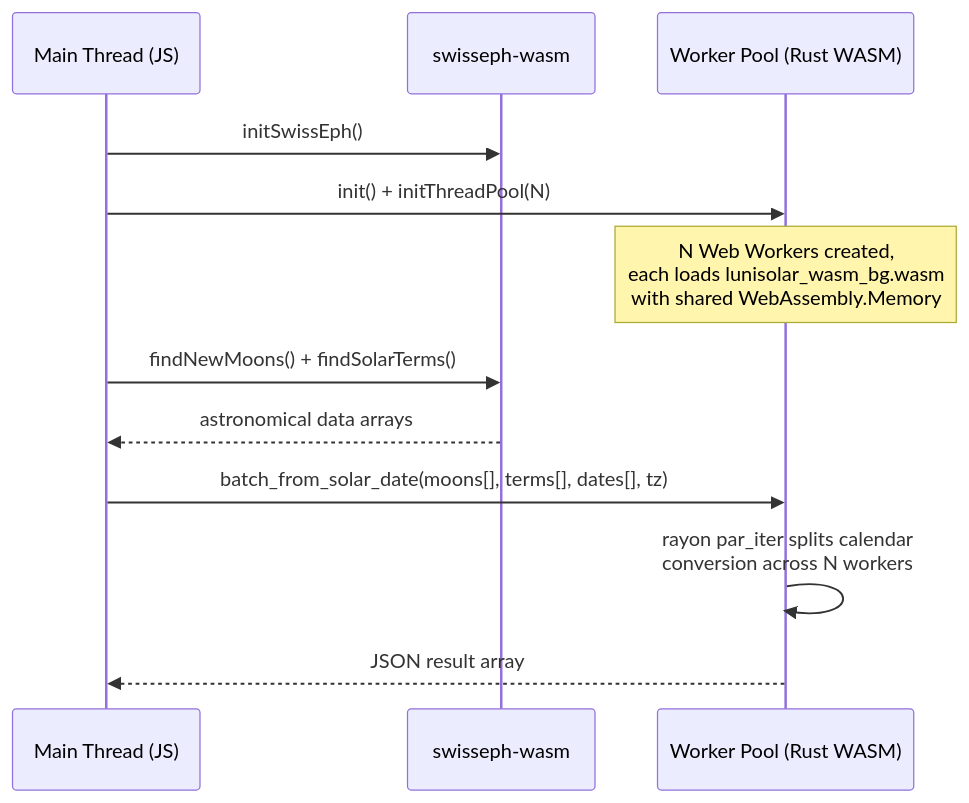
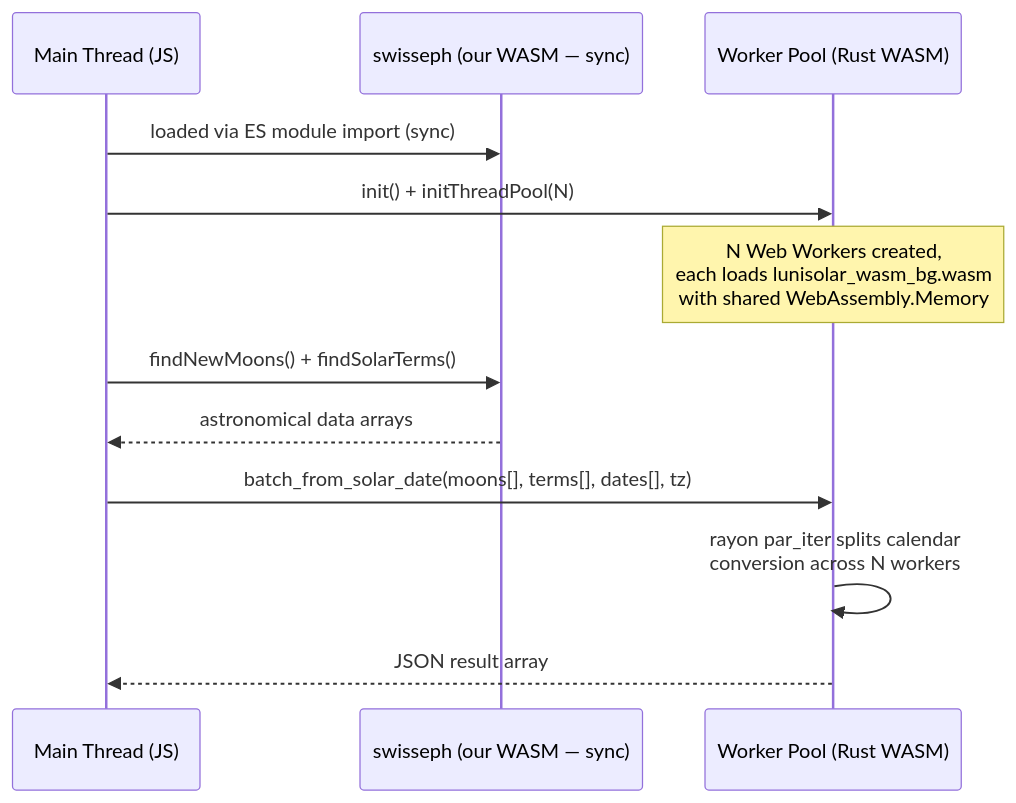
Before and after one commit to huydhoang/lunisolar-calendar: the fourth of 4 diagrams in @specs/wasm.md, drawn with Mermaid. The commit also changed other lines of this file and 1 other file, not shown here.

First line of the commit message:
docs: update @specs with actual benchmark data and vendored wasm-bindgen approach

````diff
--- a/@specs/wasm.md
+++ b/@specs/wasm.md
@@ -466,17 +470,17 @@
 ```mermaid
 sequenceDiagram
     participant Main as Main Thread (JS)
-    participant SWE as swisseph-wasm
+    participant SWE as swisseph (our WASM — sync)
     participant Pool as Worker Pool (Rust WASM)
 
-    Main->>SWE: initSwissEph()
+    Main->>SWE: loaded via ES module import (sync)
     Main->>Pool: init() + initThreadPool(N)
     Note over Pool: N Web Workers created,<br/>each loads lunisolar_wasm_bg.wasm<br/>with shared WebAssembly.Memory
 
     Main->>SWE: findNewMoons() + findSolarTerms()
     SWE-->>Main: astronomical data arrays
 
     Main->>Pool: batch_from_solar_date(moons[], terms[], dates[], tz)
     Pool->>Pool: rayon par_iter splits calendar<br/>conversion across N workers
     Pool-->>Main: JSON result array
 ```
````
